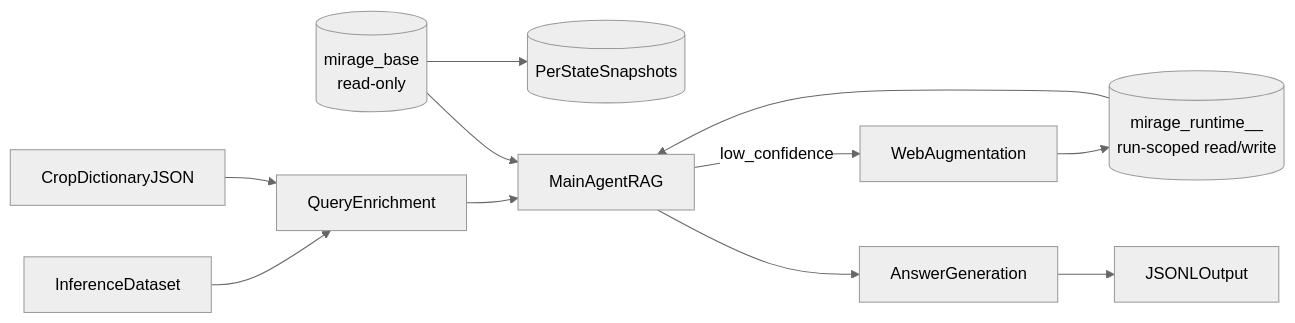
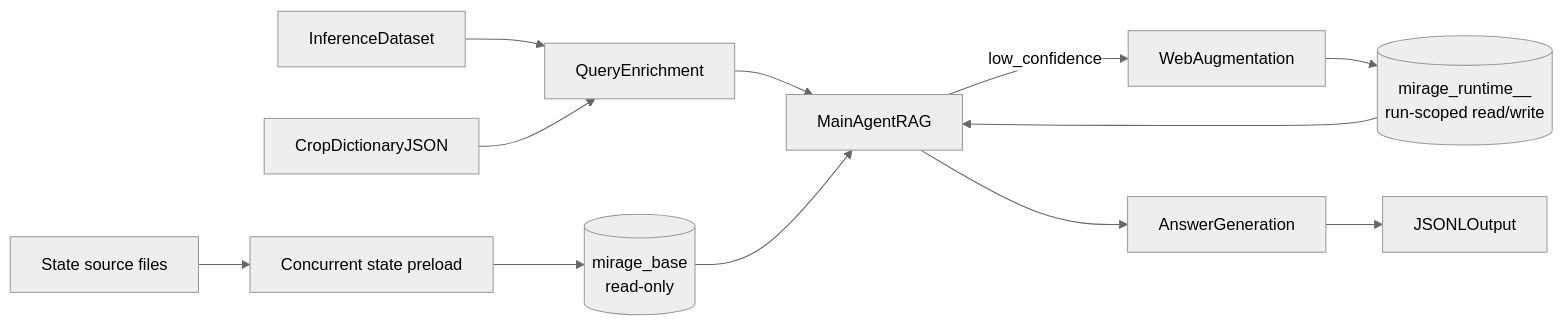
Before and after one commit to shashanksp04/MIRAGE-RAG: the first of 2 diagrams in README.MD, drawn with Mermaid (neutral theme). The commit also changed other lines of this file and 12 other files, not shown here.

Commit message:
Document concurrent preload architecture

````diff
--- a/README.MD
+++ b/README.MD
@@ -15,24 +15,25 @@
 ```mermaid
 flowchart LR
   base[(mirage_base<br/>read-only)]
   runtime[(mirage_runtime_<ABLATION_ID>_<timestamp><br/>run-scoped read/write)]
-  snap[(PerStateSnapshots)]
+  sources[State source files]
+  preload[Concurrent state preload]
   cropDict[CropDictionaryJSON]
   dataset[InferenceDataset]
   enrich[QueryEnrichment]
   rag[MainAgentRAG]
   webAug[WebAugmentation]
   gen[AnswerGeneration]
   out[JSONLOutput]
 
-  base --> snap
+  sources --> preload --> base
   dataset --> enrich
   cropDict --> enrich
   enrich --> rag
   base --> rag
   runtime --> rag
   rag -->|"low_confidence"| webAug
   webAug --> runtime
   rag --> gen
   gen --> out
 ```
````
